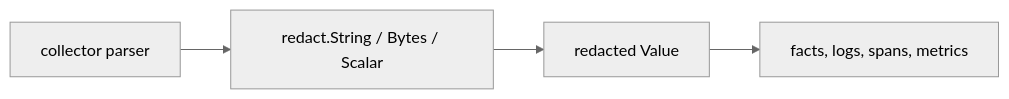
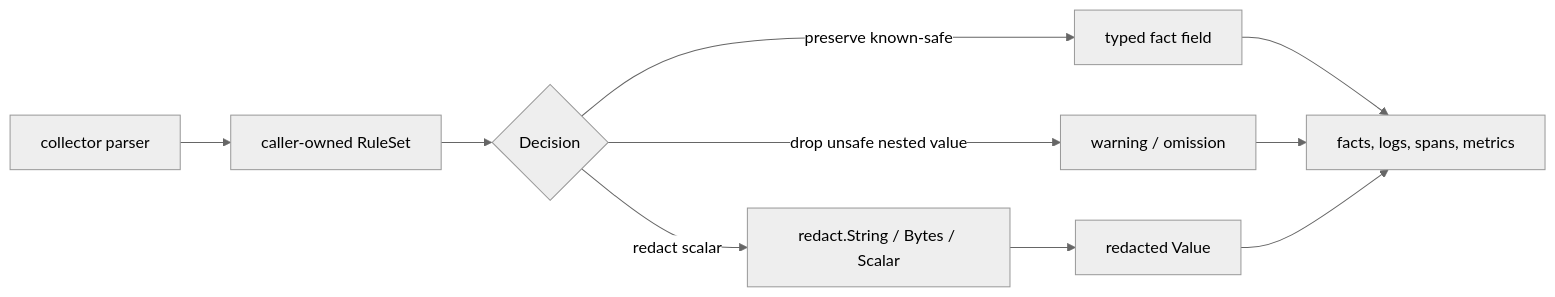
The diagram in go/internal/redact/README.md (eshu-hq/eshu), drawn with Mermaid (neutral theme) before and after one commit. The commit also changed other lines of this file and 4 other files, not shown here.

````diff
--- a/go/internal/redact/README.md
+++ b/go/internal/redact/README.md
@@ -12,6 +12,10 @@
 ```mermaid
 flowchart LR
-  A["collector parser"] --> B["redact.String / Bytes / Scalar"]
-  B --> C["redacted Value"]
-  C --> D["facts, logs, spans, metrics"]
+  A["collector parser"] --> B["caller-owned RuleSet"]
+  B --> C{"Decision"}
+  C -->|redact scalar| D["redact.String / Bytes / Scalar"]
+  C -->|preserve known-safe| E["typed fact field"]
+  C -->|drop unsafe nested value| F["warning / omission"]
+  D --> G["redacted Value"]
+  E & F & G --> H["facts, logs, spans, metrics"]
 ```
````
